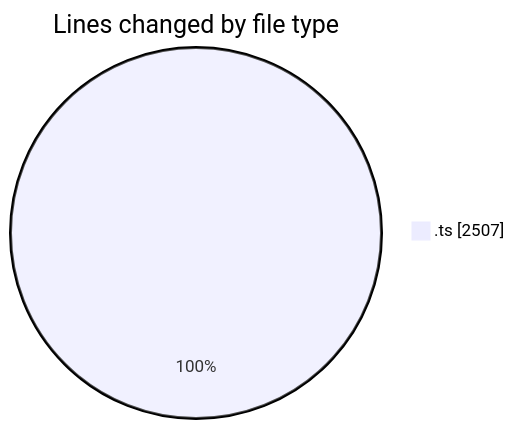
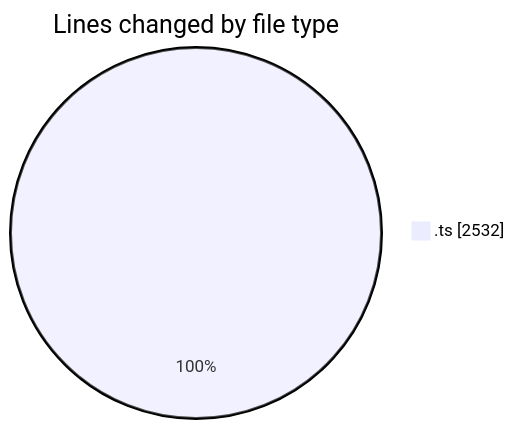
Before and after one commit to momahboobian/code-tracking: the first of 2 diagrams in 2025-08-07/cda/README.md, drawn with Mermaid. The commit also changed other lines of this file and 1 other file, not shown here.

````diff
--- a/2025-08-07/cda/README.md
+++ b/2025-08-07/cda/README.md
@@ -23,5 +23,5 @@
 ```mermaid
 pie showData
 title Lines changed by file type
-".ts" : 2507
+".ts" : 2532
 ```
````
